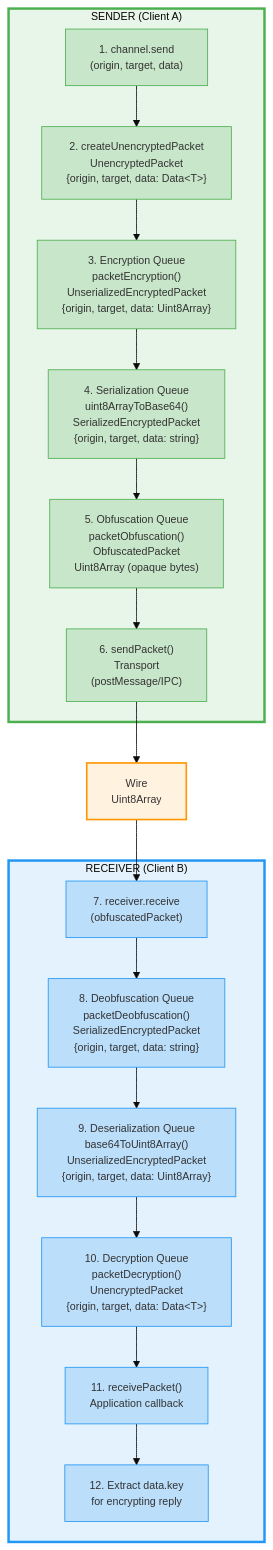
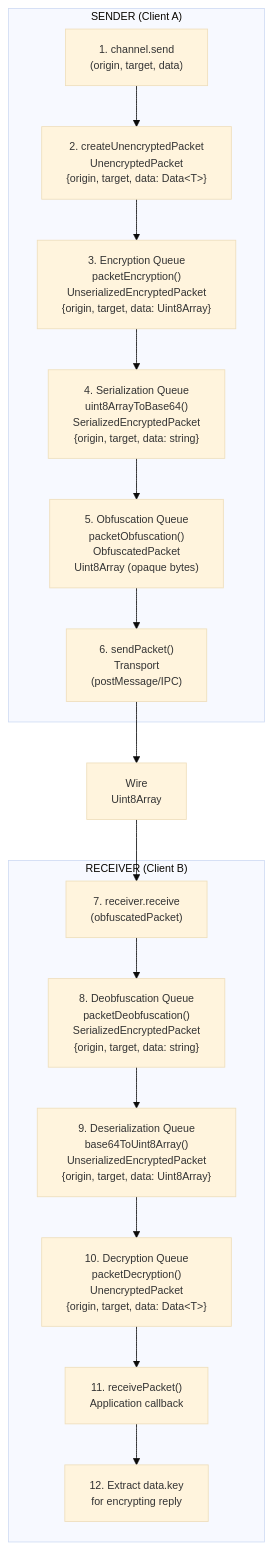
One commit to AndrewRedican/hyperfrontend changed the seventh of 7 diagrams in libs/network-protocol/ARCHITECTURE.md. Above: the diagram before and after it, drawn with Mermaid. The commit also changed other lines of this file and 2 other files, not shown here.

````diff
--- a/libs/network-protocol/ARCHITECTURE.md
+++ b/libs/network-protocol/ARCHITECTURE.md
@@ -848,59 +830,43 @@
 ```mermaid
 ---
 config:
   theme: base
   themeVariables:
     fontSize: 13px
 ---
 flowchart TB
     subgraph Sender["SENDER (Client A)"]
         A1["1. channel.send<br/>(origin, target, data)"]
         A2["2. createUnencryptedPacket<br/>UnencryptedPacket<br/>{origin, target, data: Data&lt;T&gt;}"]
         A3["3. Encryption Queue<br/>packetEncryption()<br/>UnserializedEncryptedPacket<br/>{origin, target, data: Uint8Array}"]
         A4["4. Serialization Queue<br/>uint8ArrayToBase64()<br/>SerializedEncryptedPacket<br/>{origin, target, data: string}"]
         A5["5. Obfuscation Queue<br/>packetObfuscation()<br/>ObfuscatedPacket<br/>Uint8Array (opaque bytes)"]
         A6["6. sendPacket()<br/>Transport<br/>(postMessage/IPC)"]
 
         A1 --> A2
         A2 --> A3
         A3 --> A4
         A4 --> A5
         A5 --> A6
     end
 
     Wire["Wire<br/>Uint8Array"]
 
     subgraph Receiver["RECEIVER (Client B)"]
         B7["7. receiver.receive<br/>(obfuscatedPacket)"]
         B8["8. Deobfuscation Queue<br/>packetDeobfuscation()<br/>SerializedEncryptedPacket<br/>{origin, target, data: string}"]
         B9["9. Deserialization Queue<br/>base64ToUint8Array()<br/>UnserializedEncryptedPacket<br/>{origin, target, data: Uint8Array}"]
         B10["10. Decryption Queue<br/>packetDecryption()<br/>UnencryptedPacket<br/>{origin, target, data: Data&lt;T&gt;}"]
         B11["11. receivePacket()<br/>Application callback"]
         B12["12. Extract data.key<br/>for encrypting reply"]
 
         B7 --> B8
         B8 --> B9
         B9 --> B10
         B10 --> B11
         B11 --> B12
     end
 
     A6 --> Wire
     Wire --> B7
-
-    style Sender fill:#e8f5e9,stroke:#4caf50,stroke-width:3px
-    style Receiver fill:#e3f2fd,stroke:#2196f3,stroke-width:3px
-    style Wire fill:#fff3e0,stroke:#ff9800,stroke-width:2px
-    style A1 fill:#c8e6c9,stroke:#4caf50
-    style A2 fill:#c8e6c9,stroke:#4caf50
-    style A3 fill:#c8e6c9,stroke:#4caf50
-    style A4 fill:#c8e6c9,stroke:#4caf50
-    style A5 fill:#c8e6c9,stroke:#4caf50
-    style A6 fill:#c8e6c9,stroke:#4caf50
-    style B7 fill:#bbdefb,stroke:#2196f3
-    style B8 fill:#bbdefb,stroke:#2196f3
-    style B9 fill:#bbdefb,stroke:#2196f3
-    style B10 fill:#bbdefb,stroke:#2196f3
-    style B11 fill:#bbdefb,stroke:#2196f3
-    style B12 fill:#bbdefb,stroke:#2196f3
 ```
````
